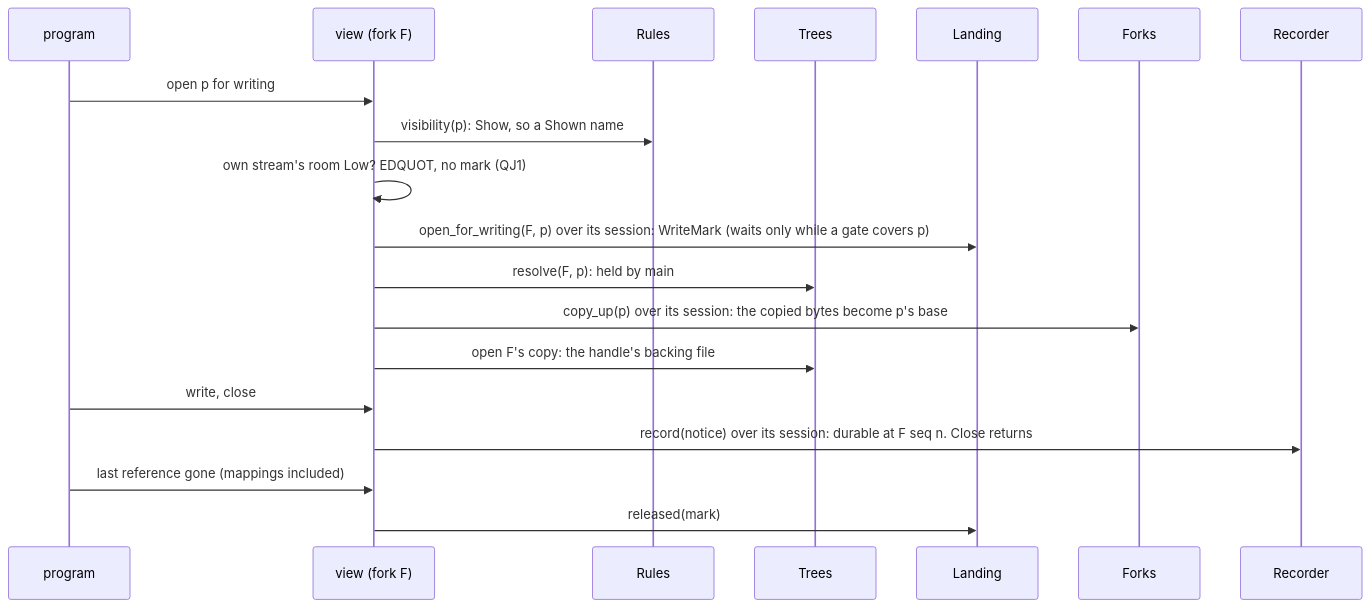
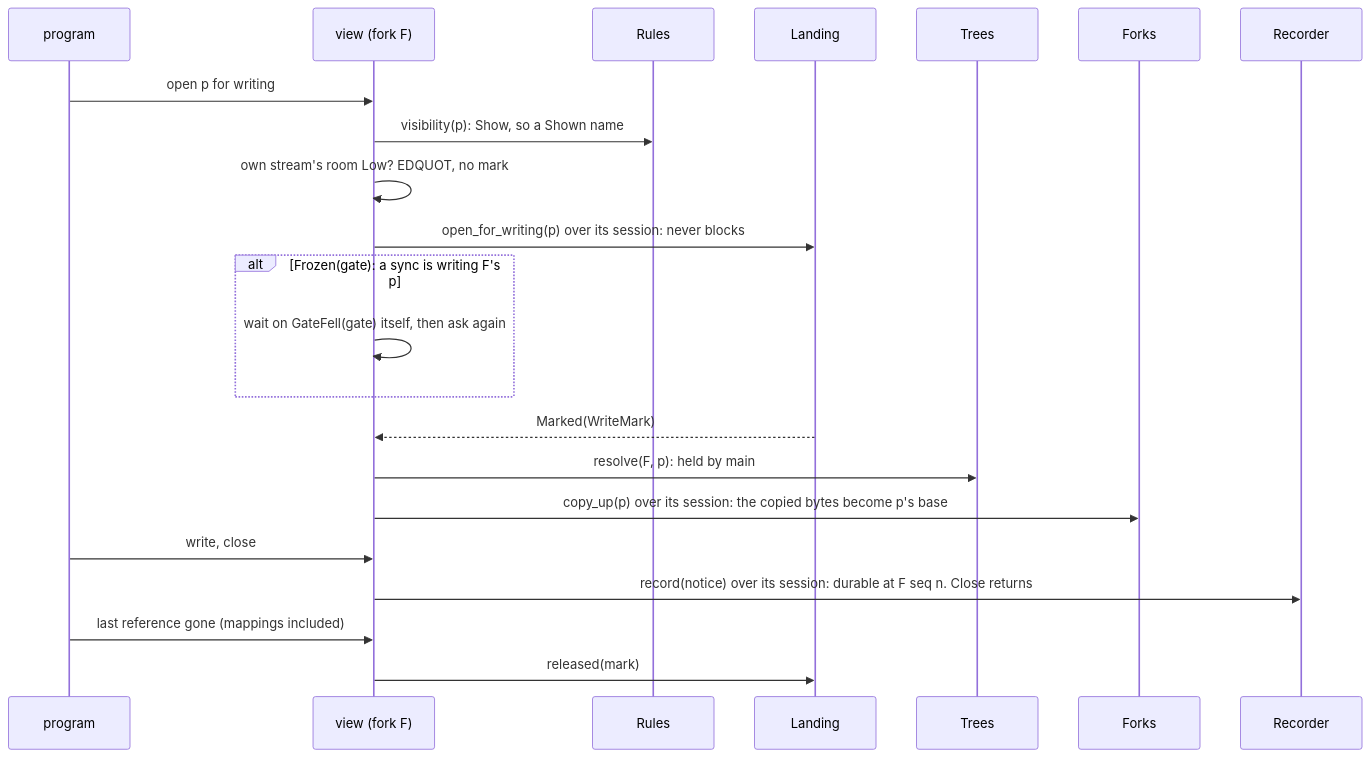
The second of 3 diagrams in docs/target-architecture/domains/views.md (mcurcio/agentfs), drawn with Mermaid before and after one commit. The commit also changed other lines of this file and 12 other files, not shown here.

````diff
--- a/docs/target-architecture/domains/views.md
+++ b/docs/target-architecture/domains/views.md
@@ -179,21 +181,24 @@
 ```mermaid
 sequenceDiagram
   participant P as program
   participant V as view (fork F)
   participant R as Rules
+  participant L as Landing
   participant T as Trees
-  participant L as Landing
   participant Fk as Forks
   participant J as Recorder
   P->>V: open p for writing
   V->>R: visibility(p): Show, so a Shown name
-  V->>V: own stream's room Low? EDQUOT, no mark (QJ1)
-  V->>L: open_for_writing(F, p) over its session: WriteMark (waits only while a gate covers p)
+  V->>V: own stream's room Low? EDQUOT, no mark
+  V->>L: open_for_writing(p) over its session: never blocks
+  alt Frozen(gate): a sync is writing F's p
+    V->>V: wait on GateFell(gate) itself, then ask again
+  end
+  L-->>V: Marked(WriteMark)
   V->>T: resolve(F, p): held by main
   V->>Fk: copy_up(p) over its session: the copied bytes become p's base
-  V->>T: open F's copy: the handle's backing file
   P->>V: write, close
   V->>J: record(notice) over its session: durable at F seq n. Close returns
   P->>V: last reference gone (mappings included)
   V->>L: released(mark)
 ```
````
